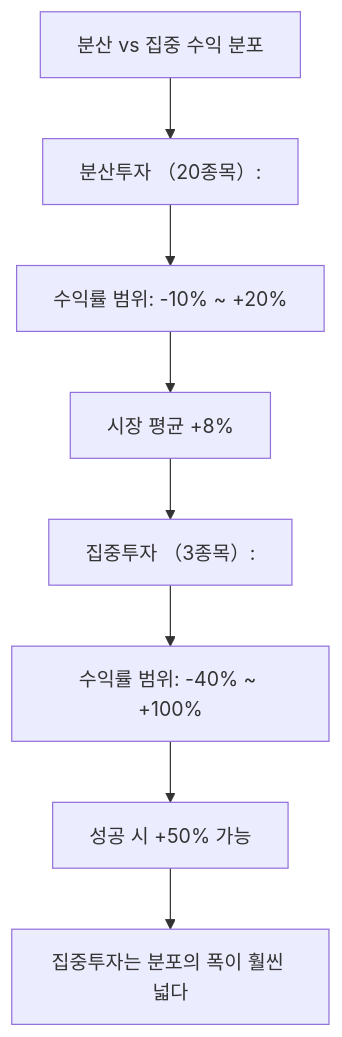
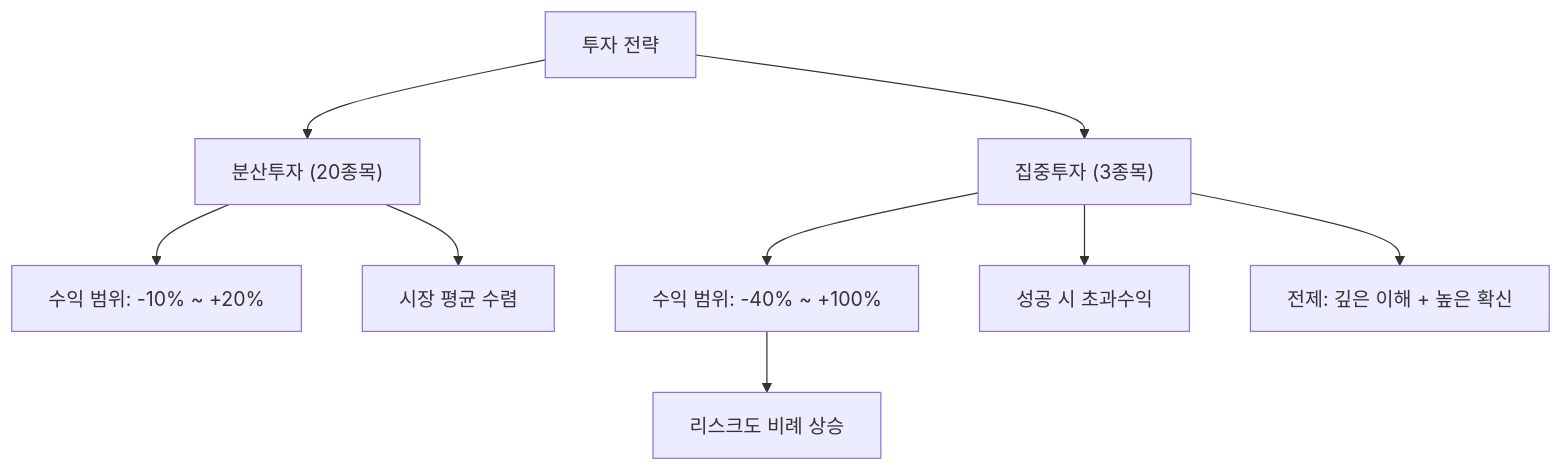
The diagram in content/stock-terms/ko/level-10-company-analysis/concentration.md (yeongseon/stock-visual-note), drawn with Mermaid before and after one commit. The commit also changed other lines of this file and 96 other files, not shown here.

Commit message:
Rewrite all 98 remaining articles: branching Mermaid diagrams, natural search_intent, compelling seo_titles, clean descriptions

````diff
--- a/content/stock-terms/ko/level-10-company-analysis/concentration.md
+++ b/content/stock-terms/ko/level-10-company-analysis/concentration.md
@@ -42,18 +42,12 @@
 ```mermaid
 graph TD
-    N0["분산 vs 집중 수익 분포"]
-    N1["분산투자 （20종목）:"]
-    N2["수익률 범위: -10% ~ +20%"]
-    N3["시장 평균 +8%"]
-    N4["집중투자 （3종목）:"]
-    N5["수익률 범위: -40% ~ +100%"]
-    N6["성공 시 +50% 가능"]
-    N7["집중투자는 분포의 폭이 훨씬 넓다"]
-    N0 --> N1
-    N1 --> N2
-    N2 --> N3
-    N3 --> N4
-    N4 --> N5
-    N5 --> N6
-    N6 --> N7
+    A["투자 전략"]
+    A --> B["분산투자 (20종목)"]
+    A --> C["집중투자 (3종목)"]
+    B --> B1["수익 범위: -10% ~ +20%"]
+    B --> B2["시장 평균 수렴"]
+    C --> C1["수익 범위: -40% ~ +100%"]
+    C --> C2["성공 시 초과수익"]
+    C --> C3["전제: 깊은 이해 + 높은 확신"]
+    C1 --> D["리스크도 비례 상승"]
 ```
````
